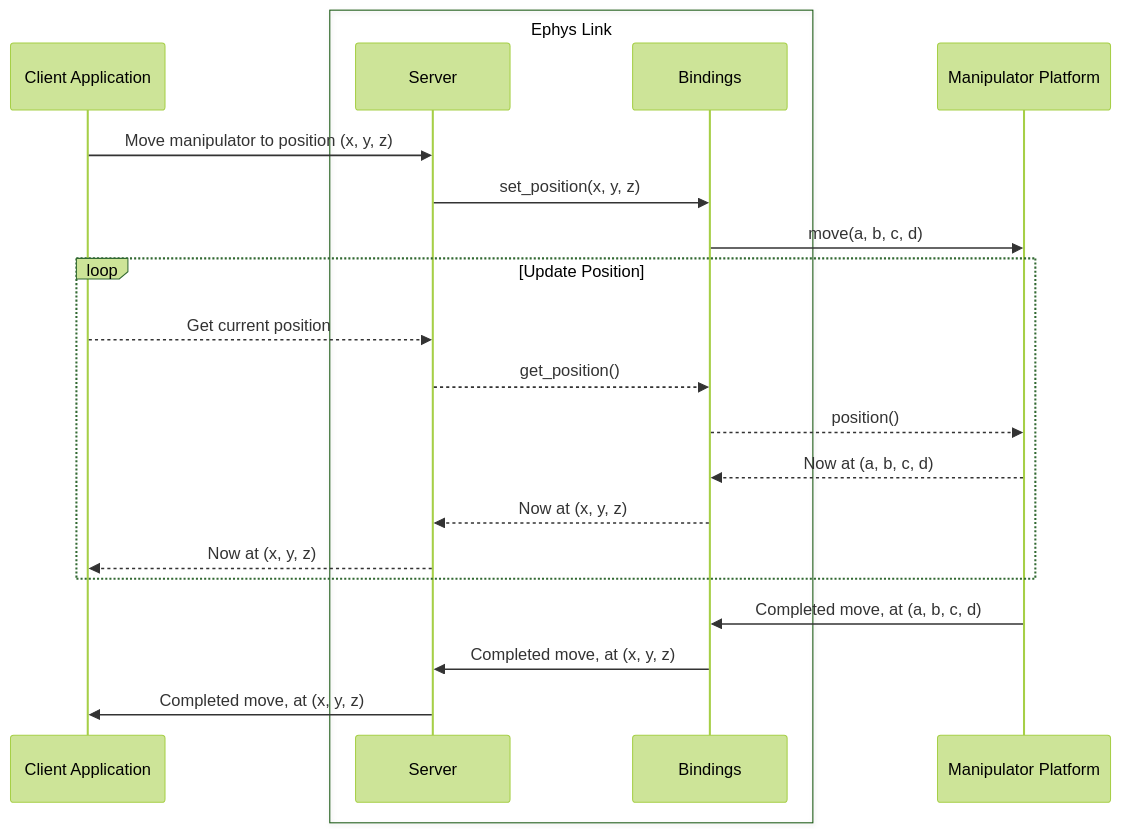
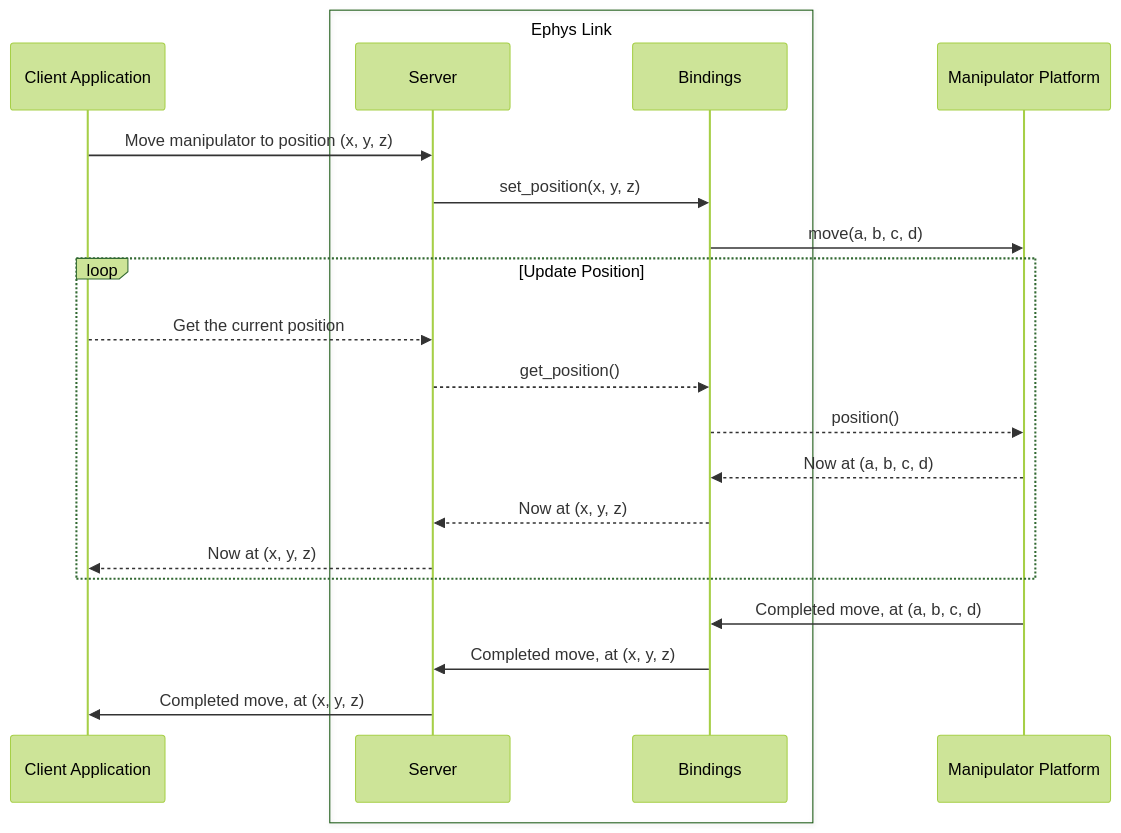
One commit to VirtualBrainLab/ephys-link changed the second of 2 diagrams in docs/home/how_it_works.md. Above: the diagram before and after it, drawn with Mermaid (forest theme). The commit also changed other lines of this file and 10 other files, not shown here.

````diff
--- a/docs/home/how_it_works.md
+++ b/docs/home/how_it_works.md
@@ -45,23 +45,23 @@
 ```mermaid
 sequenceDiagram
     participant C as Client Application
     box Ephys Link
         participant S as Server
         participant B as Bindings
     end
     participant M as Manipulator Platform
     C ->> S: Move manipulator to position (x, y, z)
     S ->> B: set_position(x, y, z)
     B ->> M: move(a, b, c, d)
     loop Update Position
-        C -->> S: Get current position
+        C -->> S: Get the current position
         S -->> B: get_position()
         B -->> M: position()
         M -->> B: Now at (a, b, c, d)
         B -->> S: Now at (x, y, z)
         S -->> C: Now at (x, y, z)
     end
     M ->> B: Completed move, at (a, b, c, d)
     B ->> S: Completed move, at (x, y, z)
     S ->> C: Completed move, at (x, y, z)
 ```
````
